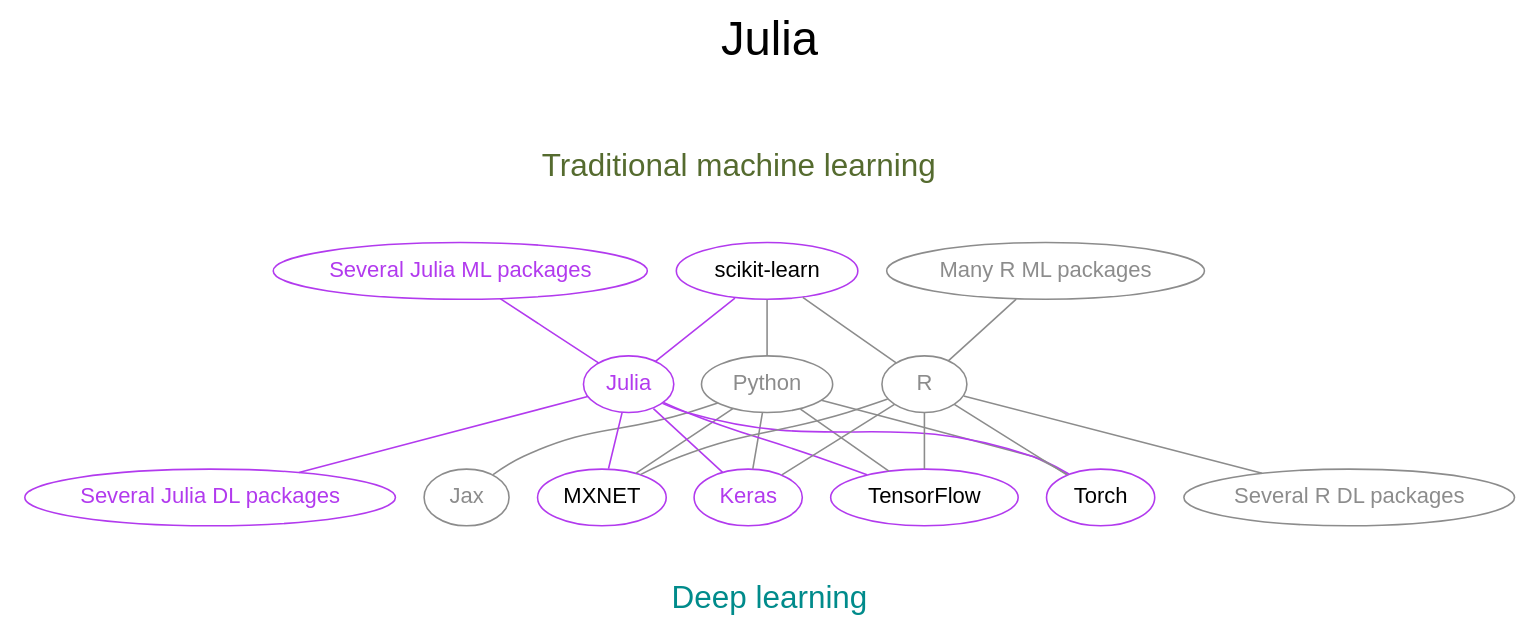
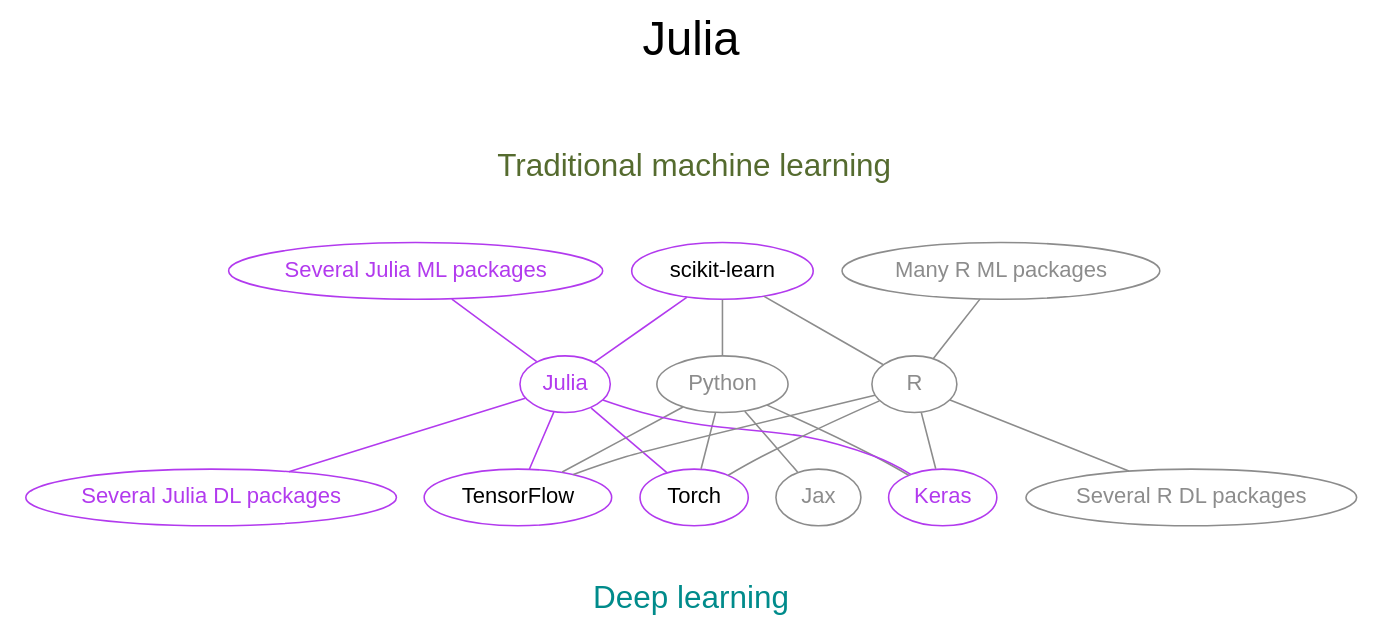
One commit to WestDRI/arc-training changed the fifth of 12 diagrams in ml/frameworks_slides.qmd. Above: the diagram before and after it, drawn with Graphviz. The commit also changed other lines of this file, not shown here.

````diff
--- a/ml/frameworks_slides.qmd
+++ b/ml/frameworks_slides.qmd
@@ -168,56 +240,56 @@
 ```{dot}
 //| echo: false
 
 strict graph {
 
   label="Julia\n\n"
   labelloc=t
   fontsize=30
   
   bgcolor="transparent"
   graph [fontname="Inconsolata, sans-serif"]
   node [fontname="Inconsolata, sans-serif"]
 
   subgraph cluster_ml {
 	peripheries=0
 	label="Traditional machine learning\n\n"
 	fontcolor=darkolivegreen
 	fontsize=20
 	"scikit-learn" "Several Julia ML packages" "Many R ML packages"
   }
 
   subgraph cluster_dl {
 	peripheries=0
 	label="\nDeep learning"
 	fontcolor=darkcyan
 	fontsize=20
 	labelloc=b
-	Torch TensorFlow Jax Keras MXNET "Several Julia DL packages" "Several R DL packages"
+	Torch TensorFlow Jax Keras "Several Julia DL packages" "Several R DL packages"
   }
 
   Python [color=gray55, fontcolor=gray55, URL="https://www.python.org/"]
   Julia [color=darkorchid2, fontcolor=darkorchid2, URL="https://julialang.org/"]
   R [color=gray55, fontcolor=gray55, URL="https://www.r-project.org/"]
 
   "Several Julia ML packages" [color=darkorchid2, fontcolor=darkorchid2]
   "Several Julia DL packages" [color=darkorchid2, fontcolor=darkorchid2]
   Keras [color=darkorchid2, fontcolor=darkorchid2, URL="https://github.com/ayush1999/Keras.jl"]
   "scikit-learn" [color=darkorchid2, URL="https://github.com/cstjean/ScikitLearn.jl"]
-  MXNET [color=darkorchid2, URL="https://mxnet.apache.org/versions/1.9.1/api/julia/docs/api/"]
   TensorFlow [color=darkorchid2, URL="https://malmaud.github.io/tfdocs/"]
   Torch [color=darkorchid2, URL="https://github.com/FluxML/Torch.jl"]
 
   "scikit-learn" -- Python [color=gray55]
-  Python -- {Torch TensorFlow Jax Keras MXNET} [color=gray55]
+  Python -- {Torch TensorFlow Jax Keras} [color=gray55]
 
   {"Several Julia ML packages" "scikit-learn"} -- Julia [color=darkorchid2]
-  Julia -- {"Several Julia DL packages" Torch TensorFlow Keras MXNET} [color=darkorchid2]
+  Julia -- {"Several Julia DL packages" Torch TensorFlow Keras} [color=darkorchid2]
 
   {"scikit-learn" "Many R ML packages"} -- R [color=gray55]
-  R -- {"Several R DL packages" Torch TensorFlow Keras MXNET} [color=gray55]
+  R -- {"Several R DL packages" Torch TensorFlow Keras} [color=gray55]
 
   "Many R ML packages" [color=gray55, fontcolor=gray55]
   "Several R DL packages" [color=gray55, fontcolor=gray55]
   Jax [color=gray55, fontcolor=gray55]
+  
 }
 ```
````
